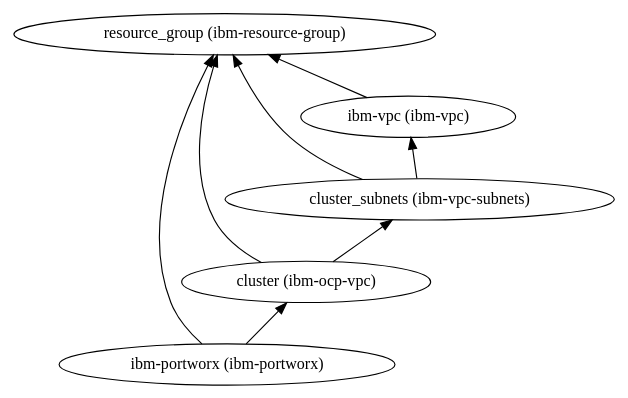
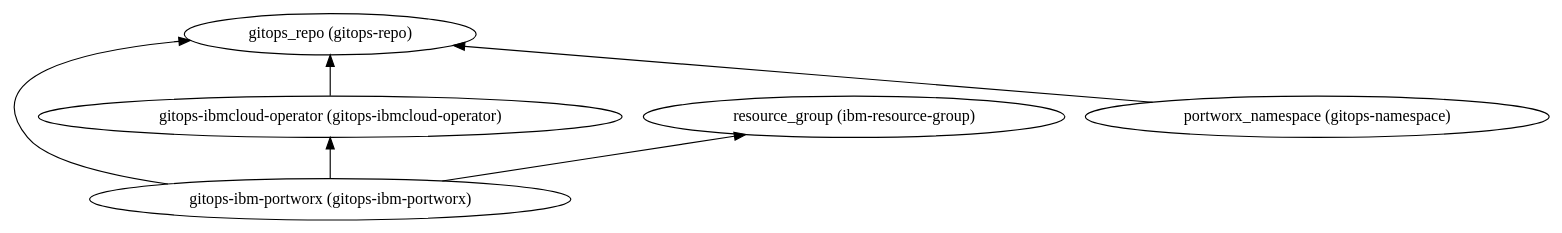
Before and after one commit to IBM/automation-ibmcloud-infra-openshift: the diagram in 2-standard/210-ibm-portworx-storage/dependencies.dot, drawn with Graphviz. The commit also changed 4 other files, not shown here.

```diff
--- a/2-standard/210-ibm-portworx-storage/dependencies.dot
+++ b/2-standard/210-ibm-portworx-storage/dependencies.dot
@@ -1,15 +1,13 @@
 digraph {
     rankdir="BT"
-    "resource_group (ibm-resource-group)"
-"cluster (ibm-ocp-vpc)" -> "resource_group (ibm-resource-group)"
-"cluster (ibm-ocp-vpc)" -> "cluster_subnets (ibm-vpc-subnets)"
-"cluster (ibm-ocp-vpc)"
-"cluster_subnets (ibm-vpc-subnets)" -> "resource_group (ibm-resource-group)"
-"cluster_subnets (ibm-vpc-subnets)" -> "ibm-vpc (ibm-vpc)"
-"cluster_subnets (ibm-vpc-subnets)"
-"ibm-vpc (ibm-vpc)" -> "resource_group (ibm-resource-group)"
-"ibm-vpc (ibm-vpc)"
-"ibm-portworx (ibm-portworx)" -> "cluster (ibm-ocp-vpc)"
-"ibm-portworx (ibm-portworx)" -> "resource_group (ibm-resource-group)"
-"ibm-portworx (ibm-portworx)"
+    "gitops-ibm-portworx (gitops-ibm-portworx)" -> "gitops_repo (gitops-repo)"
+"gitops-ibm-portworx (gitops-ibm-portworx)" -> "gitops-ibmcloud-operator (gitops-ibmcloud-operator)"
+"gitops-ibm-portworx (gitops-ibm-portworx)" -> "resource_group (ibm-resource-group)"
+"gitops-ibm-portworx (gitops-ibm-portworx)"
+"gitops_repo (gitops-repo)"
+"gitops-ibmcloud-operator (gitops-ibmcloud-operator)" -> "gitops_repo (gitops-repo)"
+"gitops-ibmcloud-operator (gitops-ibmcloud-operator)"
+"resource_group (ibm-resource-group)"
+"portworx_namespace (gitops-namespace)" -> "gitops_repo (gitops-repo)"
+"portworx_namespace (gitops-namespace)"
   }
```
